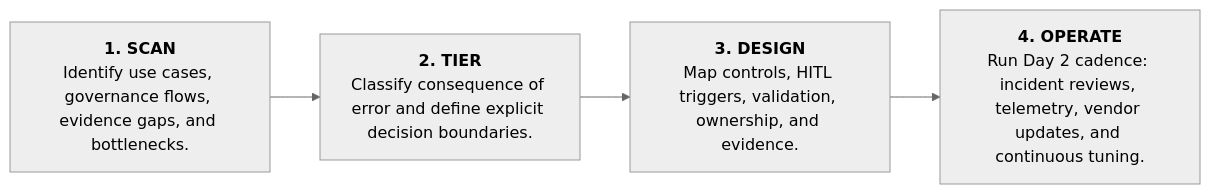
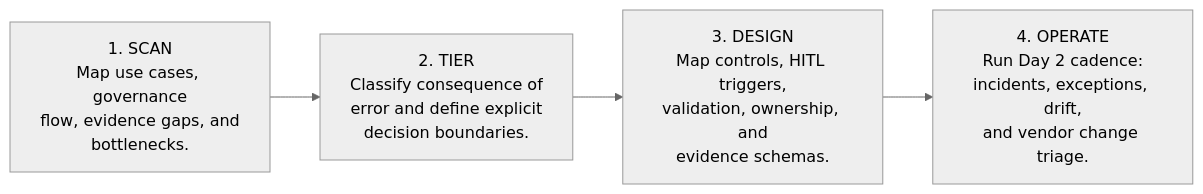
The second of 2 diagrams in docs/03-five-slide-mini-deck.md (shibinantony/responsible-ai-controls-architecture), drawn with Mermaid (neutral theme) before and after one commit. The commit also changed other lines of this file and 7 other files, not shown here.

Commit message:
docs: add SVG architecture diagrams, restore tables, and fix cross-document navigation links

````diff
--- a/docs/03-five-slide-mini-deck.md
+++ b/docs/03-five-slide-mini-deck.md
@@ -101,7 +80,7 @@
 ```mermaid
 flowchart LR
-    S1["<b>1. SCAN</b><br/>Identify use cases, governance flows, evidence gaps, and bottlenecks."] -->
-    S2["<b>2. TIER</b><br/>Classify consequence of error and define explicit decision boundaries."] -->
-    S3["<b>3. DESIGN</b><br/>Map controls, HITL triggers, validation, ownership, and evidence."] -->
-    S4["<b>4. OPERATE</b><br/>Run Day 2 cadence: incident reviews, telemetry, vendor updates, and continuous tuning."]
+    S1["1. SCAN<br/>Map use cases, governance<br/>flow, evidence gaps, and<br/>bottlenecks."] -->
+    S2["2. TIER<br/>Classify consequence of<br/>error and define explicit<br/>decision boundaries."] -->
+    S3["3. DESIGN<br/>Map controls, HITL triggers,<br/>validation, ownership, and<br/>evidence schemas."] -->
+    S4["4. OPERATE<br/>Run Day 2 cadence:<br/>incidents, exceptions, drift,<br/>and vendor change triage."]
 ```
````
